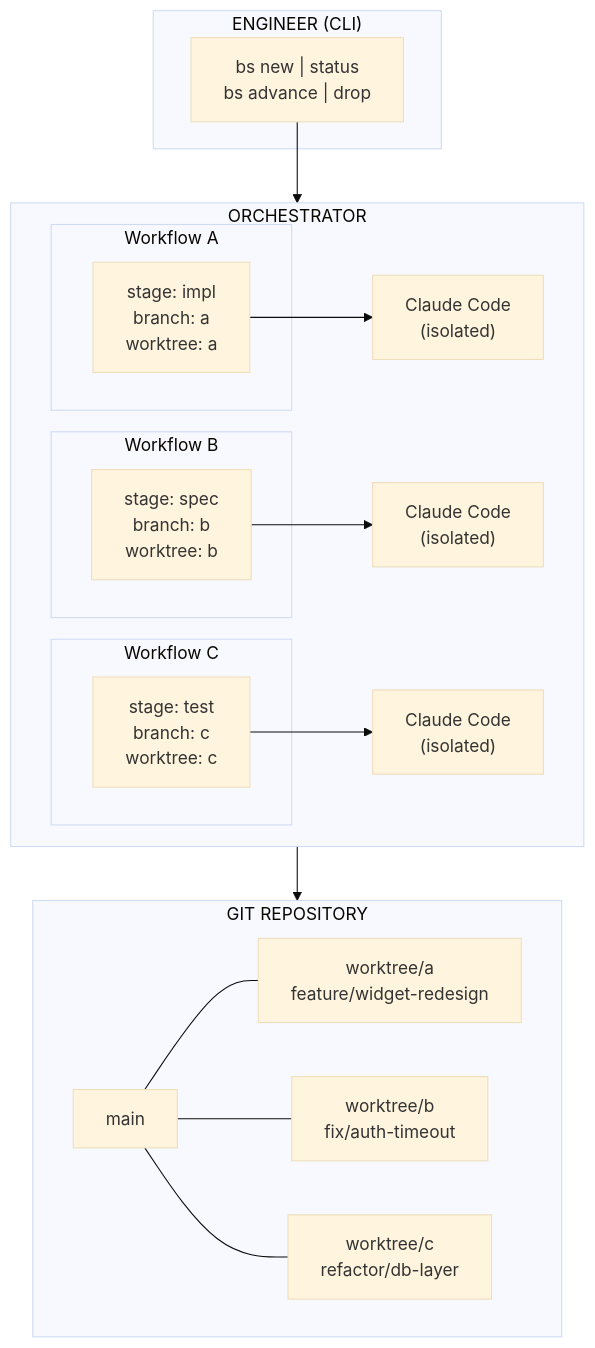
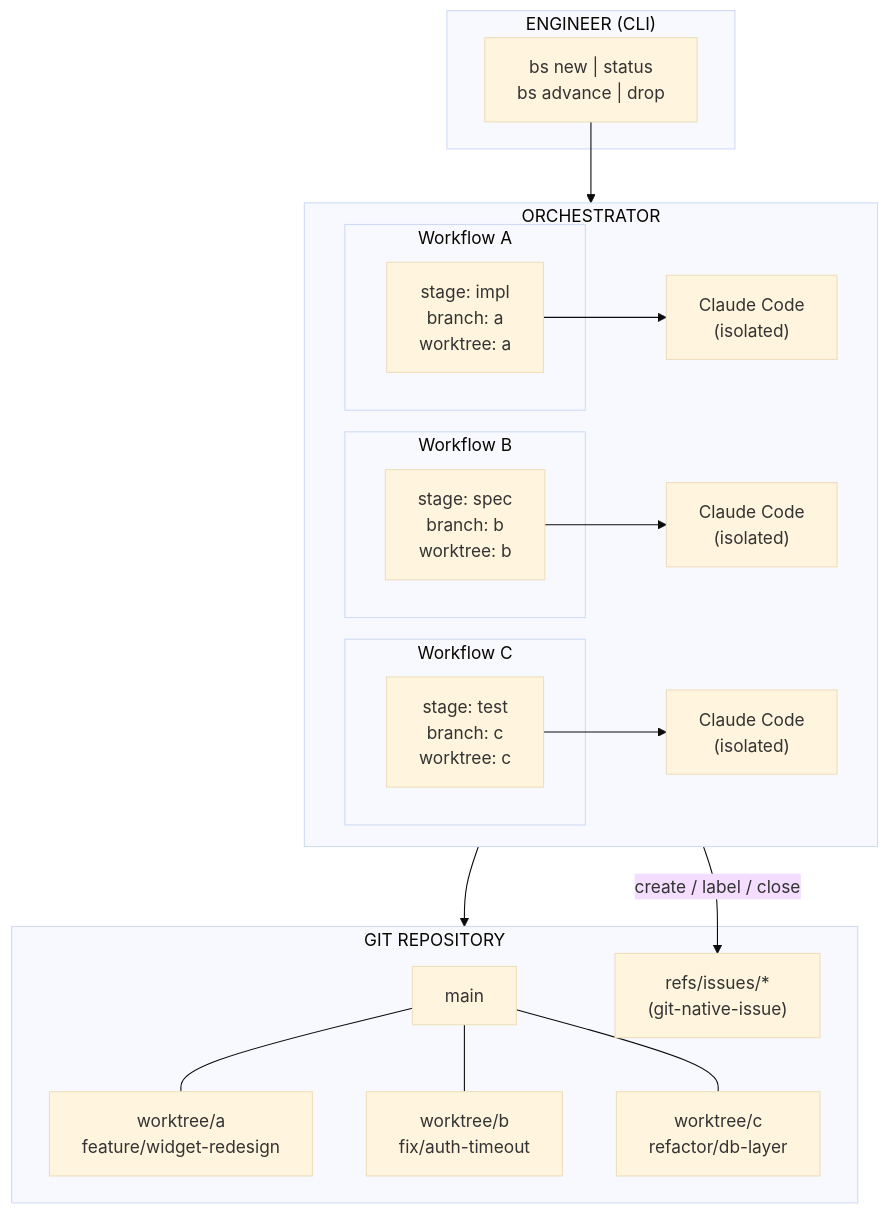
One commit to bsf5y/bs-factory changed the first of 2 diagrams in bs-orchestrator-spec.md. Above: the diagram before and after it, drawn with Mermaid (base theme). The commit also changed other lines of this file and 1 other file, not shown here.

Commit message:
Add Issue lifecycle to bs-factory spec.

````diff
--- a/bs-orchestrator-spec.md
+++ b/bs-orchestrator-spec.md
@@ -56,39 +62,41 @@
 ```mermaid
 graph TD
     subgraph CLI ["ENGINEER (CLI)"]
         cmds["bs new | status<br>bs advance | drop"]
     end
 
     subgraph ORCH ["ORCHESTRATOR"]
         subgraph WA ["Workflow A"]
             wa_info["stage: impl<br>branch: a<br>worktree: a"]
         end
         subgraph WB ["Workflow B"]
             wb_info["stage: spec<br>branch: b<br>worktree: b"]
         end
         subgraph WC ["Workflow C"]
             wc_info["stage: test<br>branch: c<br>worktree: c"]
         end
 
         cc_a["Claude Code<br>(isolated)"]
         cc_b["Claude Code<br>(isolated)"]
         cc_c["Claude Code<br>(isolated)"]
 
         wa_info --> cc_a
         wb_info --> cc_b
         wc_info --> cc_c
     end
 
     subgraph REPO ["GIT REPOSITORY"]
         main["main"]
         wt_a["worktree/a<br>feature/widget-redesign"]
         wt_b["worktree/b<br>fix/auth-timeout"]
         wt_c["worktree/c<br>refactor/db-layer"]
         main --- wt_a
         main --- wt_b
         main --- wt_c
+        issues["refs/issues/*<br>(git-native-issue)"]
     end
 
     cmds --> ORCH
     ORCH --> REPO
+    ORCH -- "create / label / close" --> issues
 ```
````
